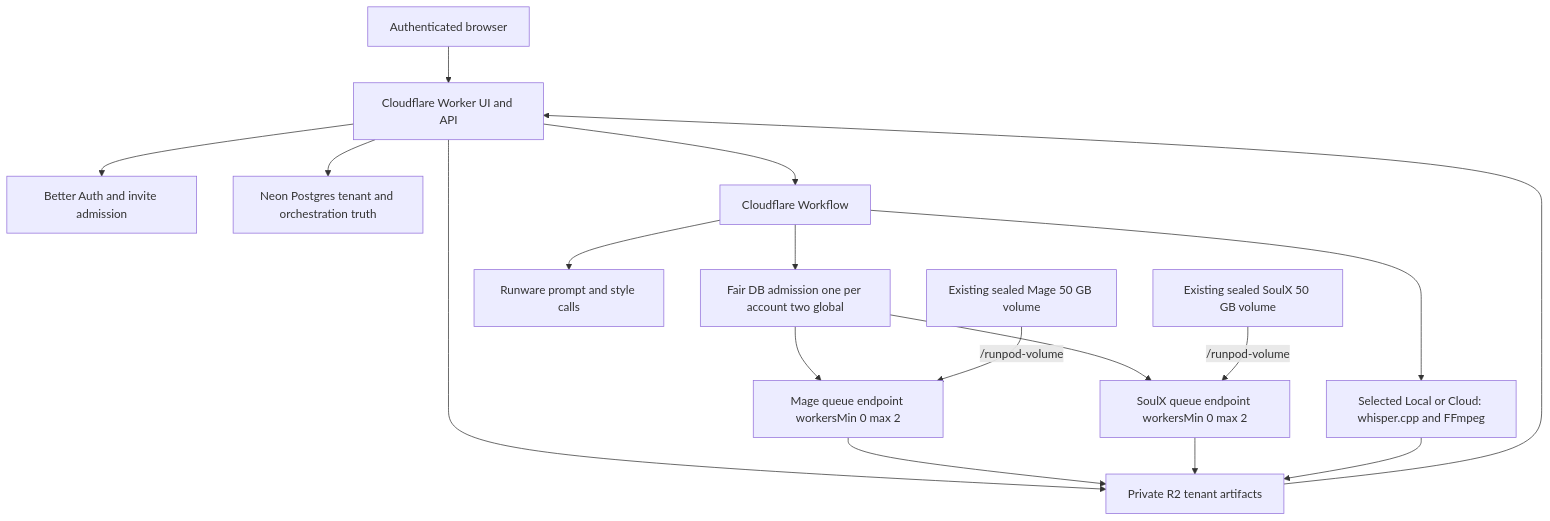
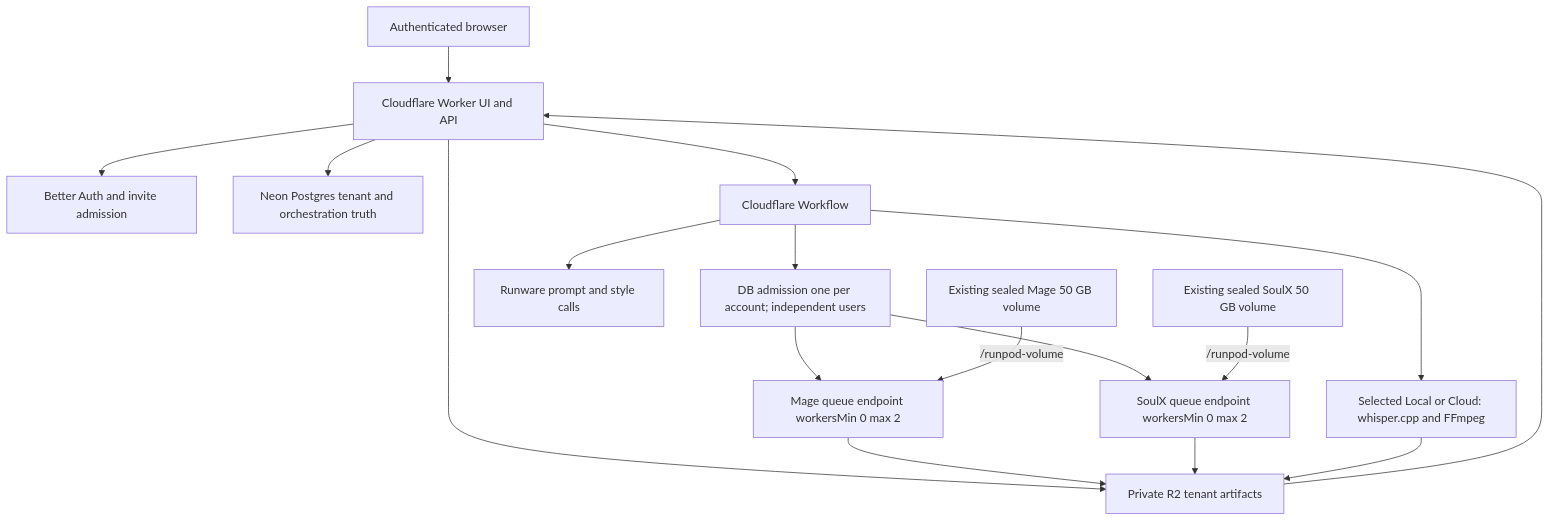
Before and after one commit to Pala-LakshmanSai/videoforge: the diagram in project-context/06_SYSTEM_ARCHITECTURE.md, drawn with Mermaid. The commit also changed other lines of this file and 18 other files, not shown here.

Commit message:
fix(admission): remove cross-account concurrency ceiling

````diff
--- a/project-context/06_SYSTEM_ARCHITECTURE.md
+++ b/project-context/06_SYSTEM_ARCHITECTURE.md
@@ -43,18 +43,18 @@
 ```mermaid
 flowchart TB
     U["Authenticated browser"] --> APP["Cloudflare Worker UI and API"]
     APP --> AUTH["Better Auth and invite admission"]
     APP --> PG["Neon Postgres tenant and orchestration truth"]
     APP --> R2["Private R2 tenant artifacts"]
     APP --> WF["Cloudflare Workflow"]
-    WF --> ADMIT["Fair DB admission one per account two global"]
+    WF --> ADMIT["DB admission one per account; independent users"]
     WF --> RW["Runware prompt and style calls"]
     ADMIT --> ME["Mage queue endpoint workersMin 0 max 2"]
     ADMIT --> SE["SoulX queue endpoint workersMin 0 max 2"]
     MV["Existing sealed Mage 50 GB volume"] -->|"/runpod-volume"| ME
     SV["Existing sealed SoulX 50 GB volume"] -->|"/runpod-volume"| SE
     ME --> R2
     SE --> R2
     WF --> CPU["Selected Local or Cloud: whisper.cpp and FFmpeg"] --> R2
     R2 --> APP
 ```
````
